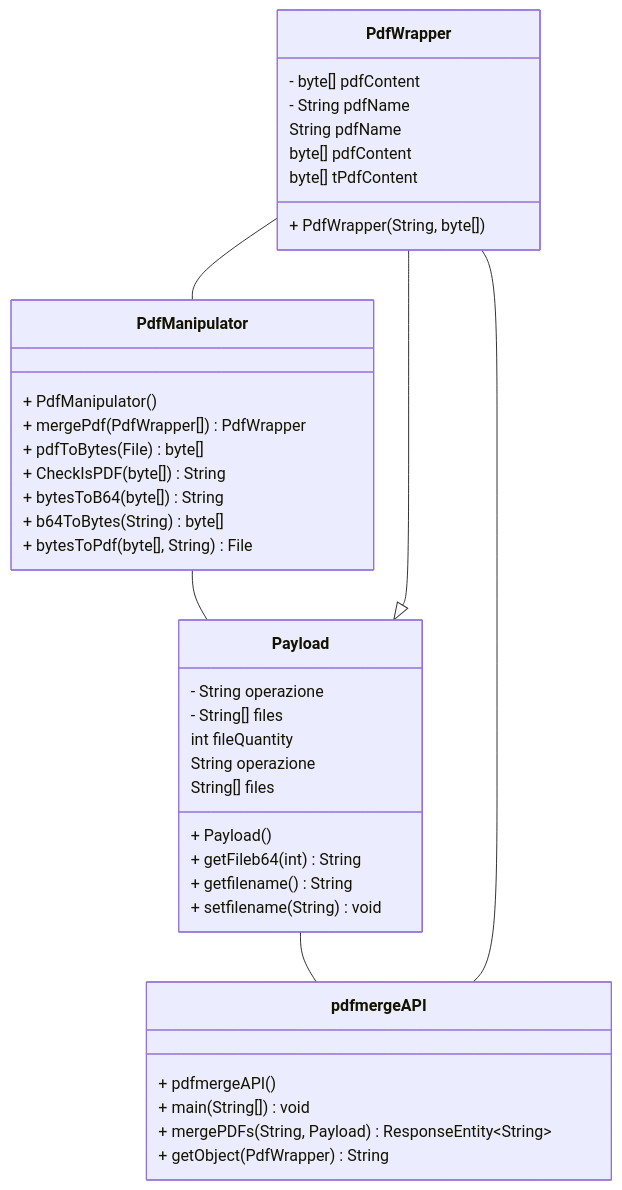
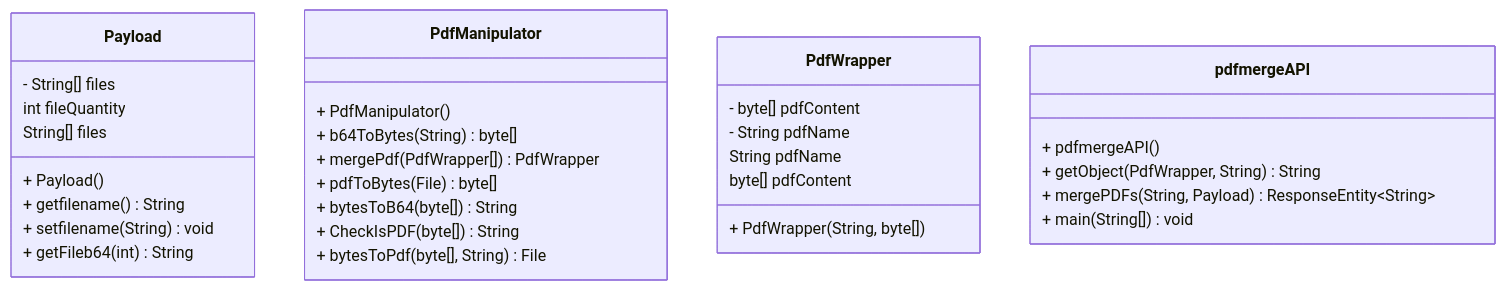
Before and after one commit to Thi-Perera/perera-pdf-merger: the diagram in README.md, drawn with Mermaid. The commit also changed other lines of this file, not shown here.

````diff
--- a/README.md
+++ b/README.md
@@ -95,48 +96,35 @@
 ```mermaid
 classDiagram
-  direction BT
-  
-  class Payload {
-    + Payload() 
-    - String operazione
-    - String[] files
-    + getFileb64(int) String
-    + getfilename() String
-    + setfilename(String) void
-    int fileQuantity
-    String operazione
-    String[] files
-  }
-  
-  class PdfManipulator {
-    + PdfManipulator() 
-    + mergePdf(PdfWrapper[]) PdfWrapper
-    + pdfToBytes(File) byte[]
-    + CheckIsPDF(byte[]) String
-    + bytesToB64(byte[]) String
-    + b64ToBytes(String) byte[]
-    + bytesToPdf(byte[], String) File
-  }
-  
-  class PdfWrapper {
-    + PdfWrapper(String, byte[]) 
-    - byte[] pdfContent
-    - String pdfName
-    String pdfName
-    byte[] pdfContent
-    byte[] tPdfContent
-  }
-  
-  class pdfmergeAPI {
-    + pdfmergeAPI() 
-    + main(String[]) void
-    + mergePDFs(String, Payload) ResponseEntity~String~
-    + getObject(PdfWrapper) String
-  }
-  
-  Payload -- PdfManipulator
-  PdfManipulator -- PdfWrapper
-  PdfWrapper --|> Payload
-  pdfmergeAPI -- Payload
-  pdfmergeAPI -- PdfWrapper
+direction BT
+class Payload {
+  + Payload() 
+  - String[] files
+  + getfilename() String
+  + setfilename(String) void
+  + getFileb64(int) String
+   int fileQuantity
+   String[] files
+}
+class PdfManipulator {
+  + PdfManipulator() 
+  + b64ToBytes(String) byte[]
+  + mergePdf(PdfWrapper[]) PdfWrapper
+  + pdfToBytes(File) byte[]
+  + bytesToB64(byte[]) String
+  + CheckIsPDF(byte[]) String
+  + bytesToPdf(byte[], String) File
+}
+class PdfWrapper {
+  + PdfWrapper(String, byte[]) 
+  - byte[] pdfContent
+  - String pdfName
+   String pdfName
+   byte[] pdfContent
+}
+class pdfmergeAPI {
+  + pdfmergeAPI() 
+  + getObject(PdfWrapper, String) String
+  + mergePDFs(String, Payload) ResponseEntity~String~
+  + main(String[]) void
+}
 ```
````
